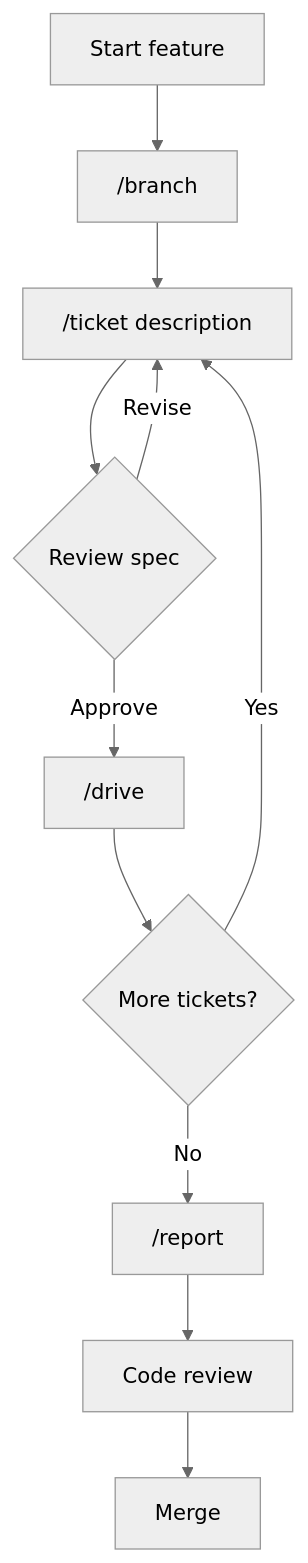
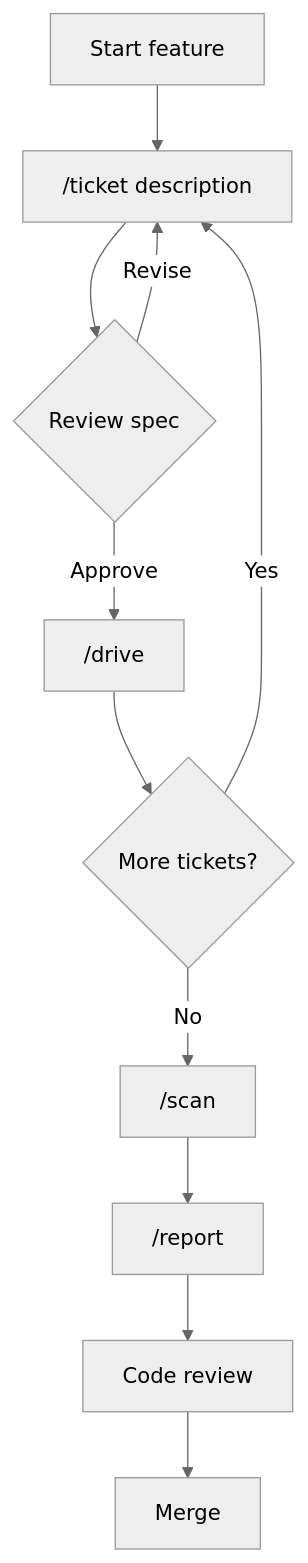
The diagram in .workaholic/guides/workflow.md (qmu/workaholic), drawn with Mermaid (neutral theme) before and after one commit. The commit also changed other lines of this file and 57 other files, not shown here.

````diff
--- a/.workaholic/guides/workflow.md
+++ b/.workaholic/guides/workflow.md
@@ -23,13 +23,13 @@
 ```mermaid
 flowchart TD
-    A["Start feature"] --> B["/branch"]
-    B --> C["/ticket description"]
+    A["Start feature"] --> C["/ticket description"]
     C --> D{"Review spec"}
     D -->|Approve| E["/drive"]
     D -->|Revise| C
     E --> F{"More tickets?"}
     F -->|Yes| C
-    F -->|No| G["/report"]
+    F -->|No| S["/scan"]
+    S --> G["/report"]
     G --> H["Code review"]
     H --> I["Merge"]
 ```
````
